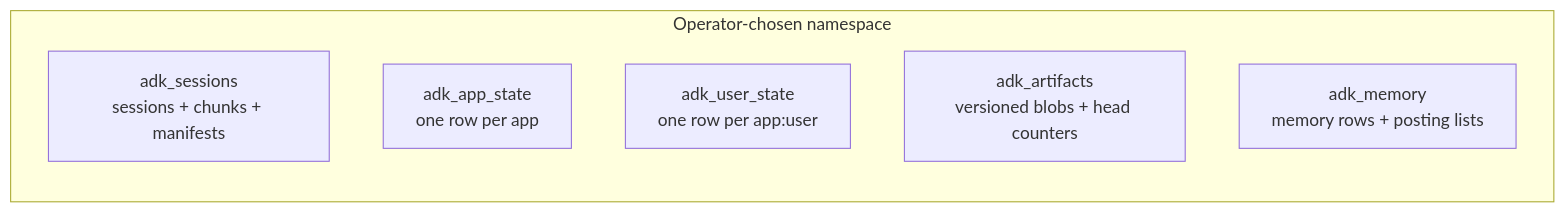
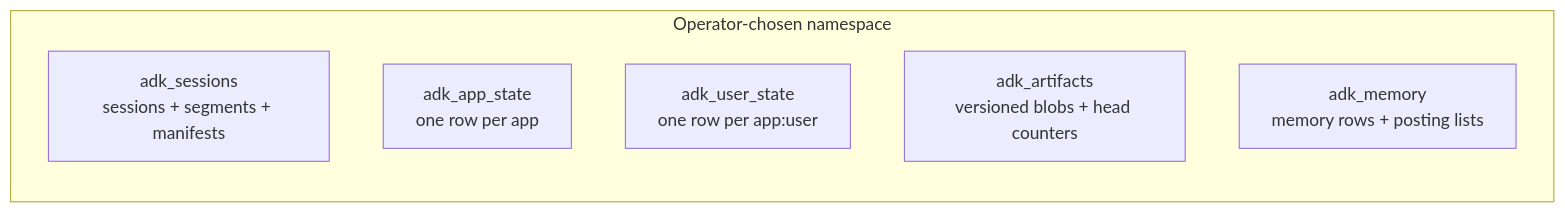
Before and after one commit to aerospike-community/adk-aerospike: the first of 9 diagrams in docs/data-model.md, drawn with Mermaid. The commit also changed other lines of this file and 16 other files, not shown here.

````diff
--- a/docs/data-model.md
+++ b/docs/data-model.md
@@ -37,11 +37,11 @@
 ```mermaid
 flowchart TB
   subgraph ns["Operator-chosen namespace"]
     direction TB
-    S["adk_sessions<br/>sessions + chunks + manifests"]
+    S["adk_sessions<br/>sessions + segments + manifests"]
     AS["adk_app_state<br/>one row per app"]
     US["adk_user_state<br/>one row per app:user"]
     AR["adk_artifacts<br/>versioned blobs + head counters"]
     ME["adk_memory<br/>memory rows + posting lists"]
   end
 ```
````
